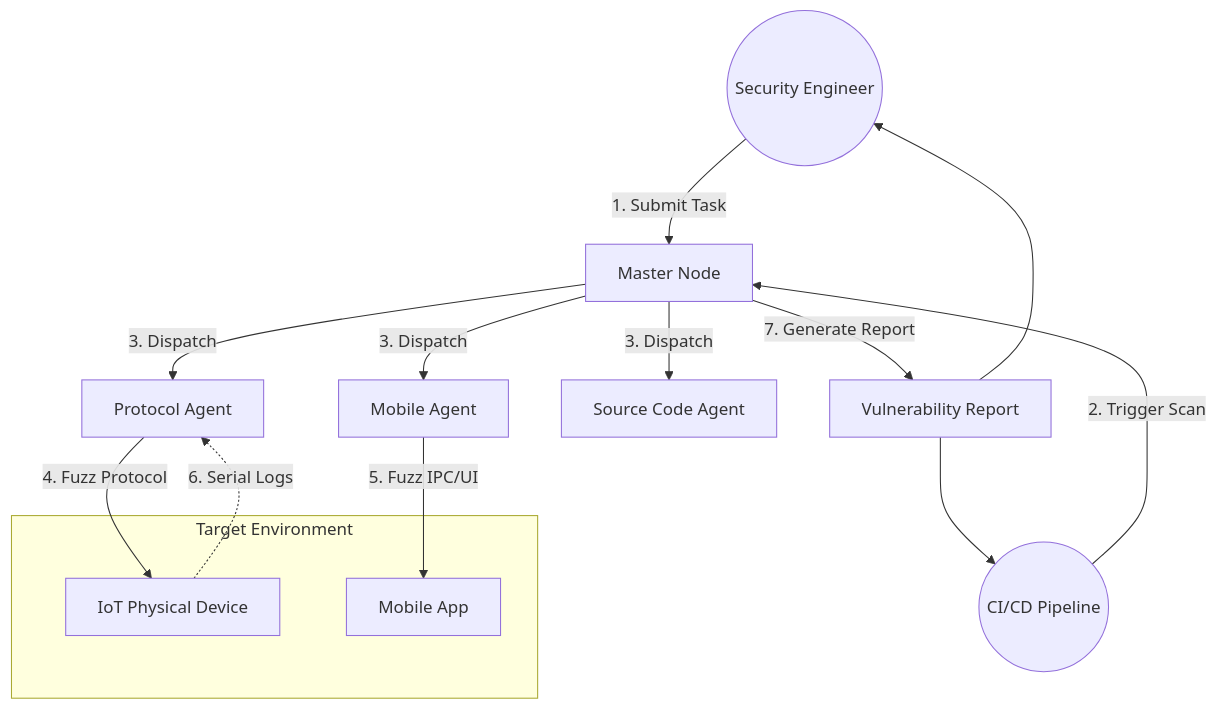
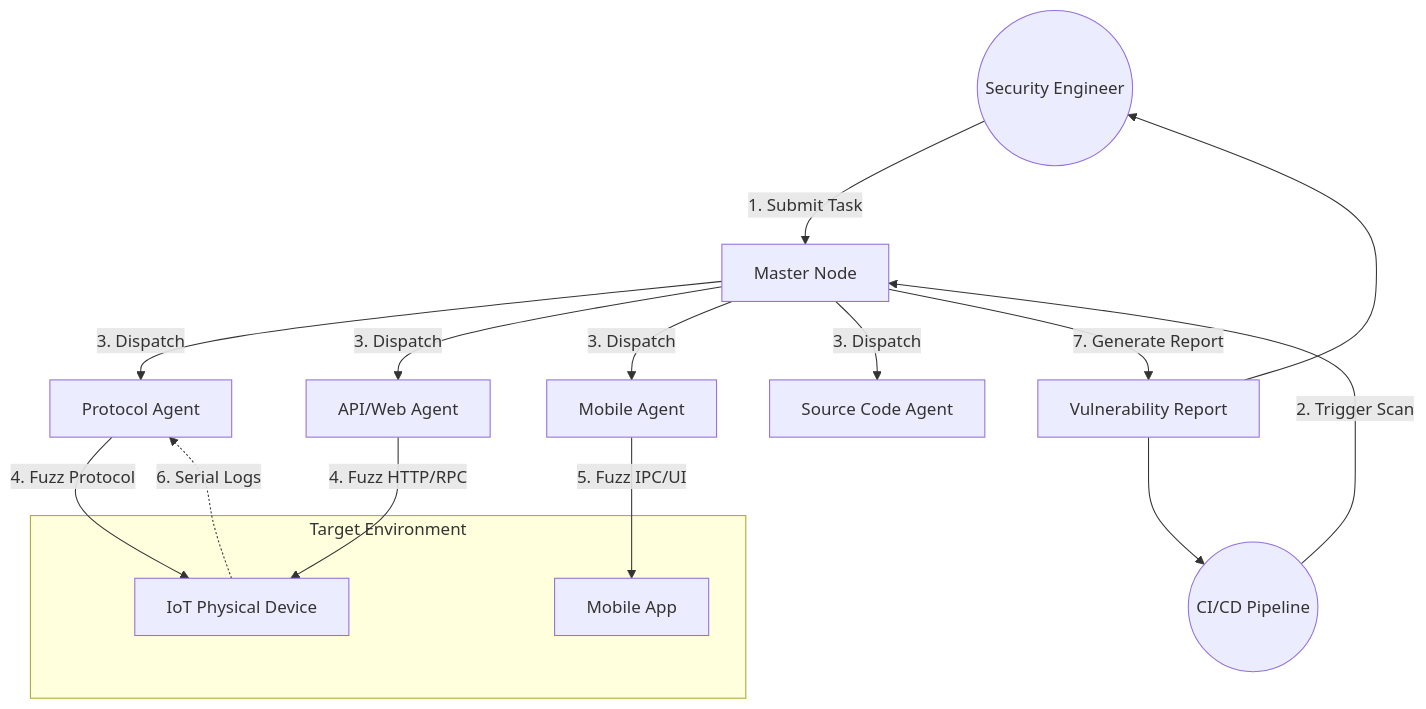
Before and after one commit to Logic70/FuzzFactory-WrightwithAI-: the diagram in docs/iot_fuzzing_design.md, drawn with Mermaid. The commit also changed 4 other files, not shown here.

Commit message:
Refactor: Align System Context diagrams across HLD and LLD

````diff
--- a/docs/iot_fuzzing_design.md
+++ b/docs/iot_fuzzing_design.md
@@ -15,22 +15,24 @@
 ```mermaid
 graph TD
     User((Security Engineer)) -->|1. Submit Task| Master[Master Node]
     CI((CI/CD Pipeline)) -->|2. Trigger Scan| Master
     
     Master -->|3. Dispatch| Agent_Proto[Protocol Agent]
+    Master -->|3. Dispatch| Agent_API[API/Web Agent]
     Master -->|3. Dispatch| Agent_Mobile[Mobile Agent]
     Master -->|3. Dispatch| Agent_Code[Source Code Agent]
     
     subgraph "Target Environment"
         IoT_Device[IoT Physical Device]
         App[Mobile App]
     end
     
     Agent_Proto -->|4. Fuzz Protocol| IoT_Device
+    Agent_API -->|4. Fuzz HTTP/RPC| IoT_Device
     Agent_Mobile -->|5. Fuzz IPC/UI| App
     IoT_Device -.->|6. Serial Logs| Agent_Proto
     
     Master -->|7. Generate Report| Report[Vulnerability Report]
     Report --> User
     Report --> CI
 ```
````
